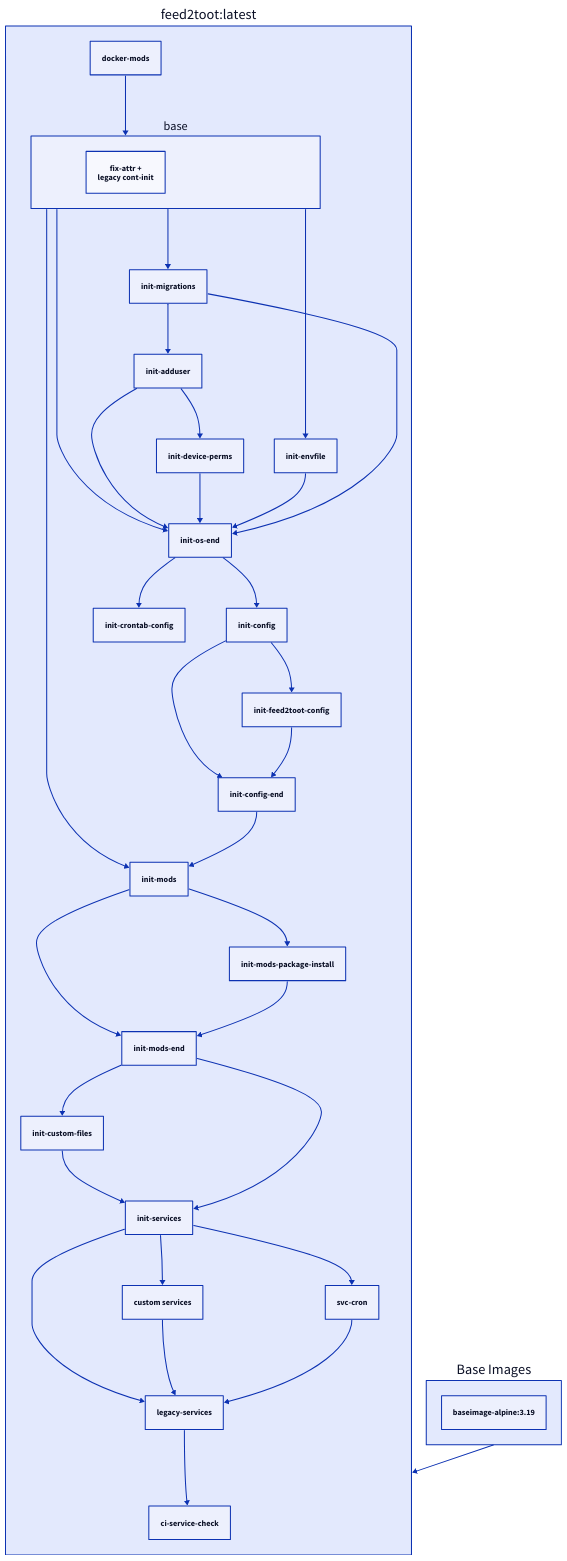
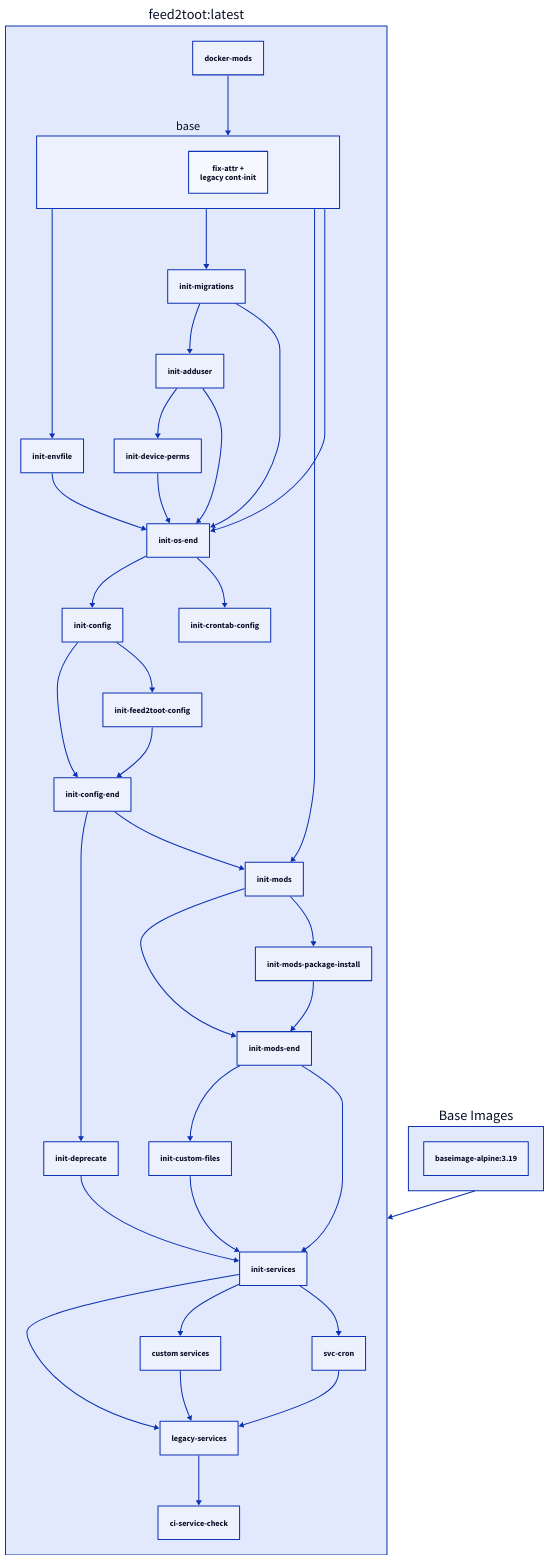
One commit to linuxserver/docker-documentation changed the diagram in docs/images/docker-feed2toot.md. Above: the diagram before and after it, drawn with D2. The commit also changed other lines of this file, not shown here.

````diff
--- a/docs/images/docker-feed2toot.md
+++ b/docs/images/docker-feed2toot.md
@@ -281,43 +285,45 @@
     ```d2
     "feed2toot:latest": {
       docker-mods
       base {
         fix-attr +\nlegacy cont-init
       }
       docker-mods -> base
       legacy-services
       custom services
       init-services -> legacy-services
       init-services -> custom services
       custom services -> legacy-services
       legacy-services -> ci-service-check
       init-migrations -> init-adduser
       init-os-end -> init-config
       init-config -> init-config-end
       init-feed2toot-config -> init-config-end
       init-os-end -> init-crontab-config
       init-mods-end -> init-custom-files
+      init-config-end -> init-deprecate
       init-adduser -> init-device-perms
       base -> init-envfile
       init-config -> init-feed2toot-config
       base -> init-migrations
       base -> init-mods
       init-config-end -> init-mods
       init-mods -> init-mods-end
       init-mods-package-install -> init-mods-end
       init-mods -> init-mods-package-install
       base -> init-os-end
       init-adduser -> init-os-end
       init-device-perms -> init-os-end
       init-envfile -> init-os-end
       init-migrations -> init-os-end
       init-custom-files -> init-services
+      init-deprecate -> init-services
       init-mods-end -> init-services
       init-services -> svc-cron
       svc-cron -> legacy-services
     }
     Base Images: {
       "baseimage-alpine:3.19"
     }
     "feed2toot:latest" <- Base Images
     ```
````
